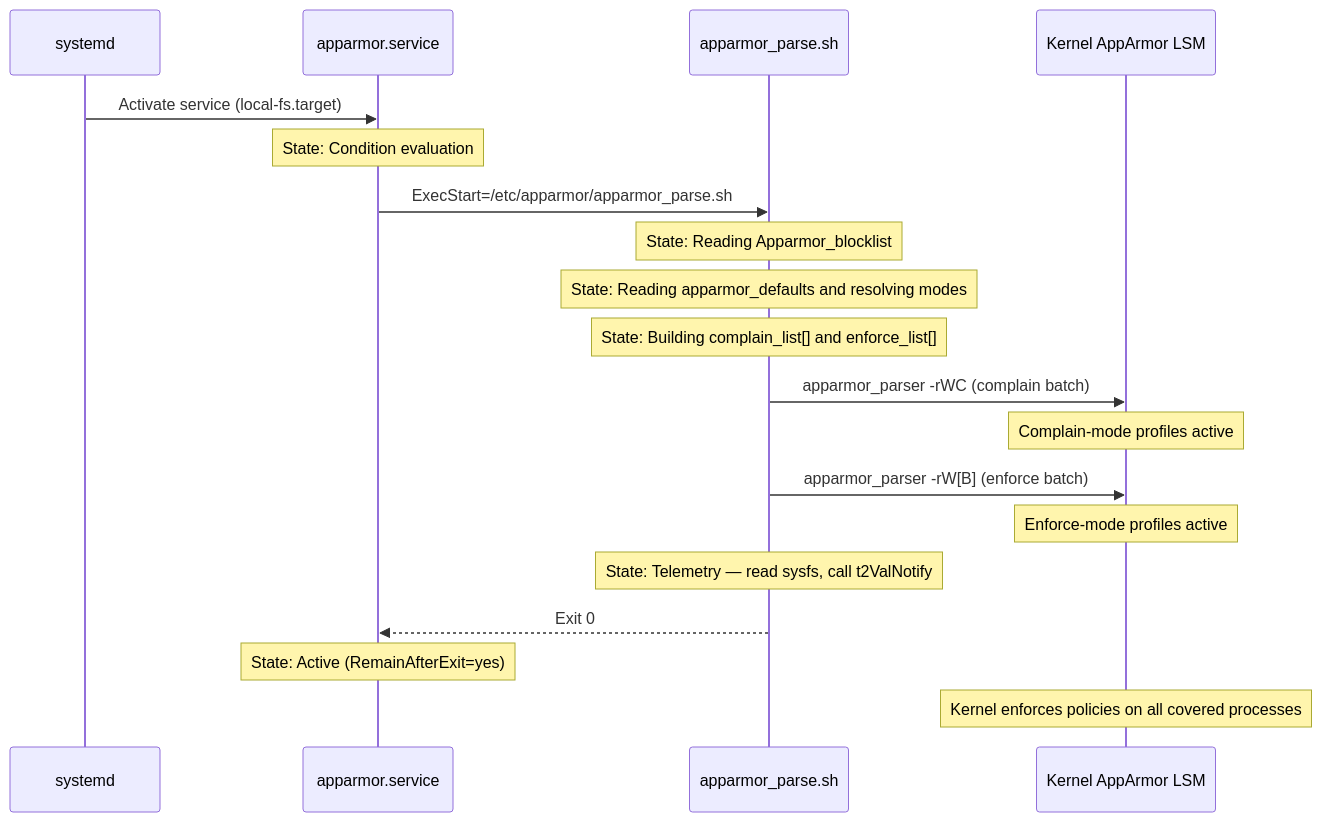
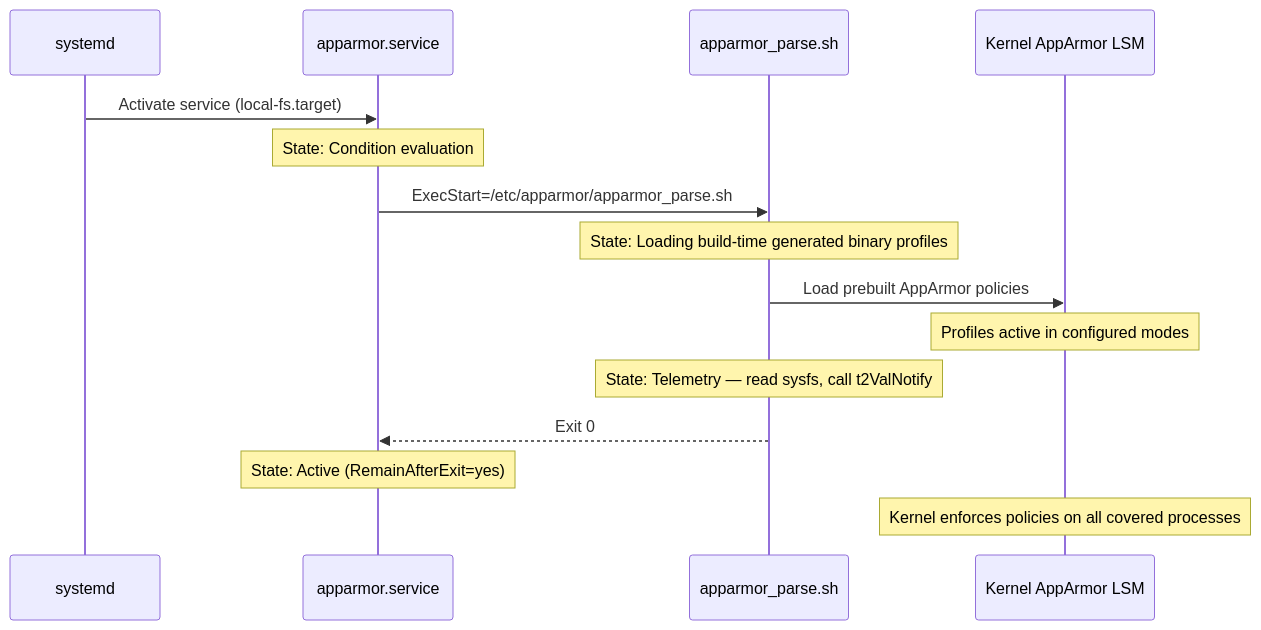
Before and after one commit to rdkcentral/rdk-apparmor-profiles: the seventh of 8 diagrams in README.md, drawn with Mermaid. The commit also changed other lines of this file, not shown here.

````diff
--- a/README.md
+++ b/README.md
@@ -417,29 +365,22 @@
 ```mermaid
 sequenceDiagram
     participant SYSTEMD as systemd
     participant SVC as apparmor.service
     participant SH as apparmor_parse.sh
     participant KERNEL as Kernel AppArmor LSM
 
     SYSTEMD->>SVC: Activate service (local-fs.target)
     Note over SVC: State: Condition evaluation
 
     SVC->>SH: ExecStart=/etc/apparmor/apparmor_parse.sh
-    Note over SH: State: Reading Apparmor_blocklist
+    Note over SH: State: Loading build-time generated binary profiles
 
-    Note over SH: State: Reading apparmor_defaults and resolving modes
-
-    Note over SH: State: Building complain_list[] and enforce_list[]
-
-    SH->>KERNEL: apparmor_parser -rWC (complain batch)
-    Note over KERNEL: Complain-mode profiles active
-
-    SH->>KERNEL: apparmor_parser -rW[B] (enforce batch)
-    Note over KERNEL: Enforce-mode profiles active
+    SH->>KERNEL: Load prebuilt AppArmor policies
+    Note over KERNEL: Profiles active in configured modes
 
     Note over SH: State: Telemetry — read sysfs, call t2ValNotify
 
     SH-->>SVC: Exit 0
     Note over SVC: State: Active (RemainAfterExit=yes)
     Note over KERNEL: Kernel enforces policies on all covered processes
 ```
````
